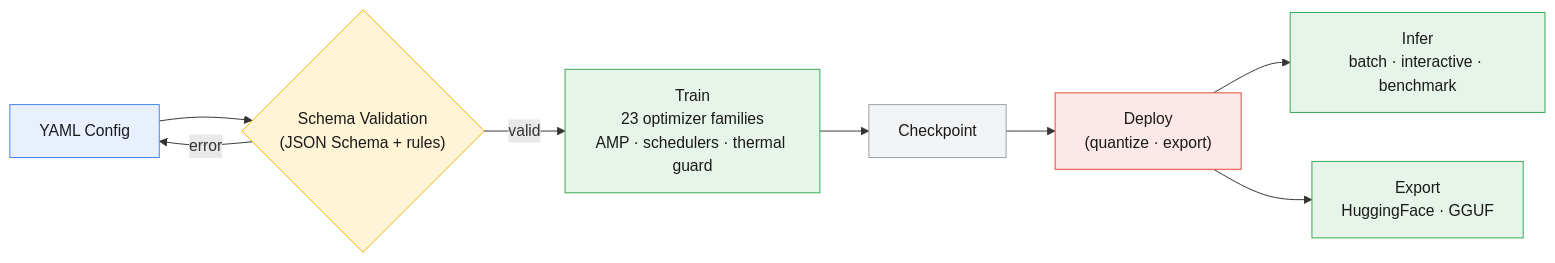
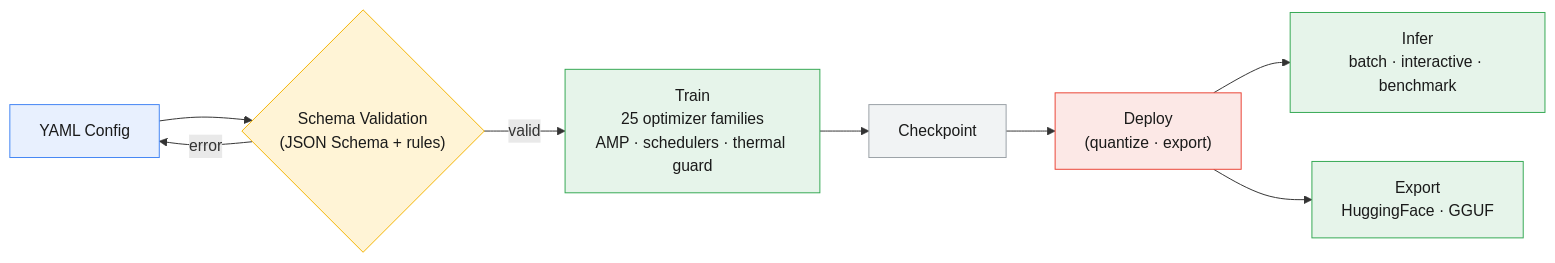
One commit to erickfmm/frankenstein-transformer changed the first of 2 diagrams in README.md. Above: the diagram before and after it, drawn with Mermaid. The commit also changed other lines of this file and 23 other files, not shown here.

````diff
--- a/README.md
+++ b/README.md
@@ -24,18 +24,18 @@
 ```mermaid
 flowchart LR
     A["YAML Config"] --> B{"Schema Validation<br/>(JSON Schema + rules)"}
-    B -- valid --> C["Train<br/>23 optimizer families<br/>AMP · schedulers · thermal guard"]
+    B -- valid --> C["Train<br/>25 optimizer families<br/>AMP · schedulers · thermal guard"]
     B -- error --> A
     C --> D["Checkpoint"]
     D --> E["Deploy<br/>(quantize · export)"]
     E --> F["Infer<br/>batch · interactive · benchmark"]
     E --> G["Export<br/>HuggingFace · GGUF"]
 
     style A fill:#e8f0fe,stroke:#4285f4,color:#1a1a1a
     style B fill:#fff4d6,stroke:#f4b400,color:#1a1a1a
     style C fill:#e6f4ea,stroke:#34a853,color:#1a1a1a
     style D fill:#f1f3f4,stroke:#9aa0a6,color:#1a1a1a
     style E fill:#fce8e6,stroke:#ea4335,color:#1a1a1a
     style F fill:#e6f4ea,stroke:#34a853,color:#1a1a1a
     style G fill:#e6f4ea,stroke:#34a853,color:#1a1a1a
 ```
````
